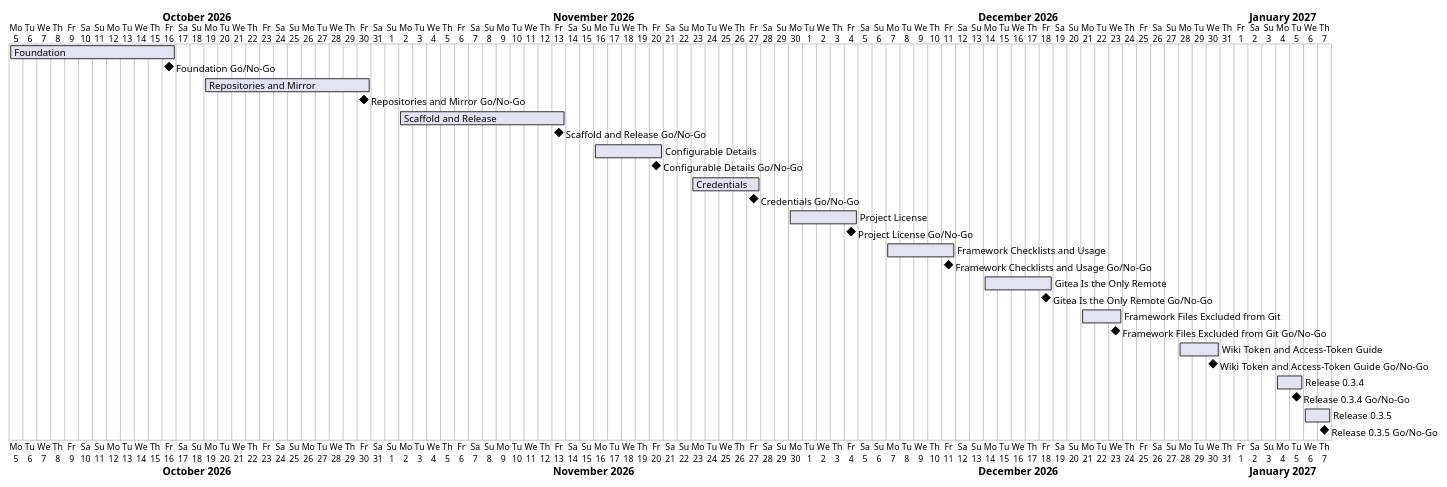
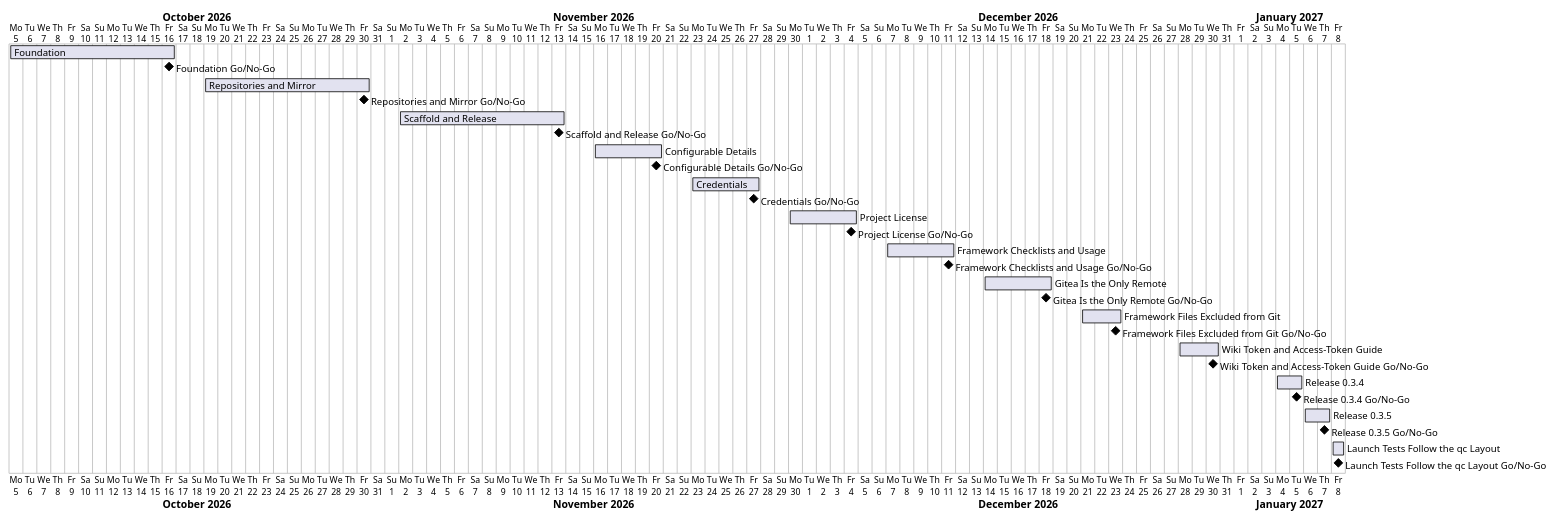
One commit to TirSystem-BashScript/RepoFoundry changed the diagram in docs/project-plan.md. Above: the diagram before and after it, drawn with PlantUML. The commit also changed other lines of this file and 5 other files, not shown here.

First line of the commit message:
Plan MIL-013: launch tests follow the qc layout

````diff
--- a/docs/project-plan.md
+++ b/docs/project-plan.md
@@ -45,29 +46,31 @@
 ```plantuml
 @startgantt
 Project starts 2026-10-05
 [Foundation] starts 2026-10-05 and ends 2026-10-16
 [Foundation Go/No-Go] happens 2026-10-16
 [Repositories and Mirror] starts 2026-10-19 and ends 2026-10-30
 [Repositories and Mirror Go/No-Go] happens 2026-10-30
 [Scaffold and Release] starts 2026-11-02 and ends 2026-11-13
 [Scaffold and Release Go/No-Go] happens 2026-11-13
 [Configurable Details] starts 2026-11-16 and ends 2026-11-20
 [Configurable Details Go/No-Go] happens 2026-11-20
 [Credentials] starts 2026-11-23 and ends 2026-11-27
 [Credentials Go/No-Go] happens 2026-11-27
 [Project License] starts 2026-11-30 and ends 2026-12-04
 [Project License Go/No-Go] happens 2026-12-04
 [Framework Checklists and Usage] starts 2026-12-07 and ends 2026-12-11
 [Framework Checklists and Usage Go/No-Go] happens 2026-12-11
 [Gitea Is the Only Remote] starts 2026-12-14 and ends 2026-12-18
 [Gitea Is the Only Remote Go/No-Go] happens 2026-12-18
 [Framework Files Excluded from Git] starts 2026-12-21 and ends 2026-12-23
 [Framework Files Excluded from Git Go/No-Go] happens 2026-12-23
 [Wiki Token and Access-Token Guide] starts 2026-12-28 and ends 2026-12-30
 [Wiki Token and Access-Token Guide Go/No-Go] happens 2026-12-30
 [Release 0.3.4] starts 2027-01-04 and ends 2027-01-05
 [Release 0.3.4 Go/No-Go] happens 2027-01-05
 [Release 0.3.5] starts 2027-01-06 and ends 2027-01-07
 [Release 0.3.5 Go/No-Go] happens 2027-01-07
+[Launch Tests Follow the qc Layout] starts 2027-01-08 and ends 2027-01-08
+[Launch Tests Follow the qc Layout Go/No-Go] happens 2027-01-08
 @endgantt
 ```
````
